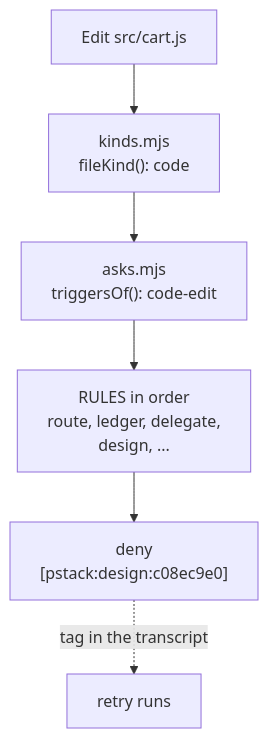
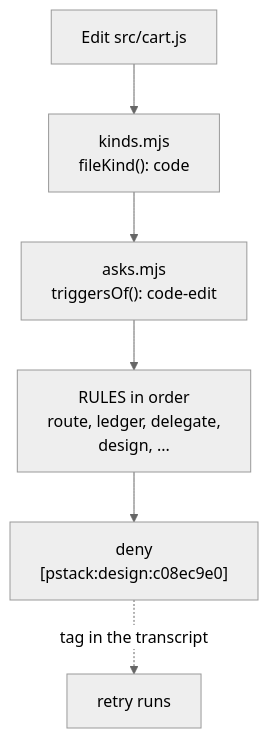
One commit to EvanBatten/pstack-for-cc changed the second of 3 diagrams in README.md. Above: the diagram before and after it, drawn with Mermaid. The commit also changed other lines of this file, not shown here.

Commit message:
draw the README diagrams in the neutral theme to match the page

````diff
--- a/README.md
+++ b/README.md
@@ -211,8 +212,9 @@
 ```mermaid
+%%{init: {'theme': 'neutral'}}%%
 flowchart TB
   C["Edit src/cart.js"] --> K["kinds.mjs<br/>fileKind(): code"]
   K --> T["asks.mjs<br/>triggersOf(): code-edit"]
   T --> R["RULES in order<br/>route, ledger, delegate,<br/>design, ..."]
   R --> D["deny<br/>[pstack:design:c08ec9e0]"]
   D -. "tag in the transcript" .-> P["retry runs"]
 ```
````
